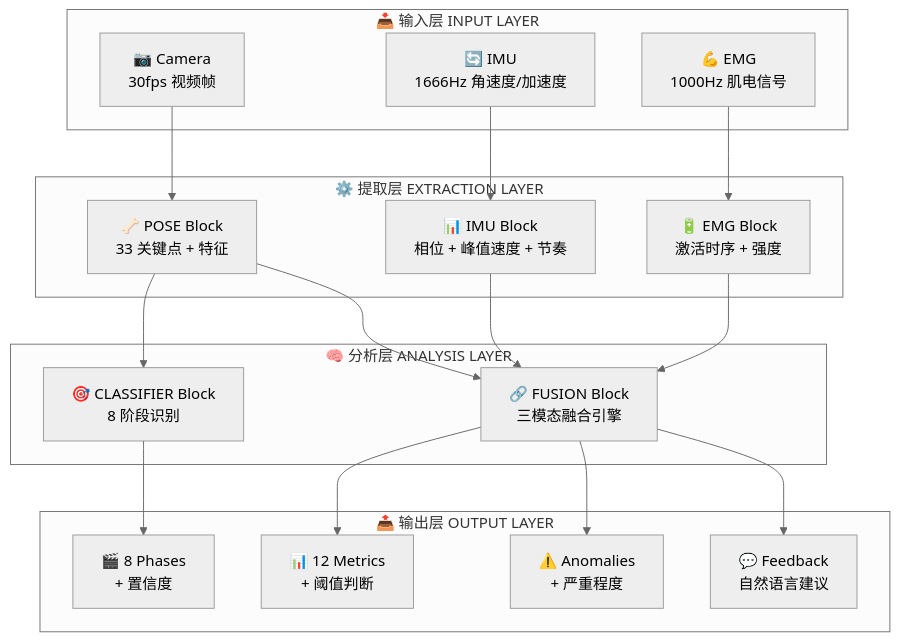
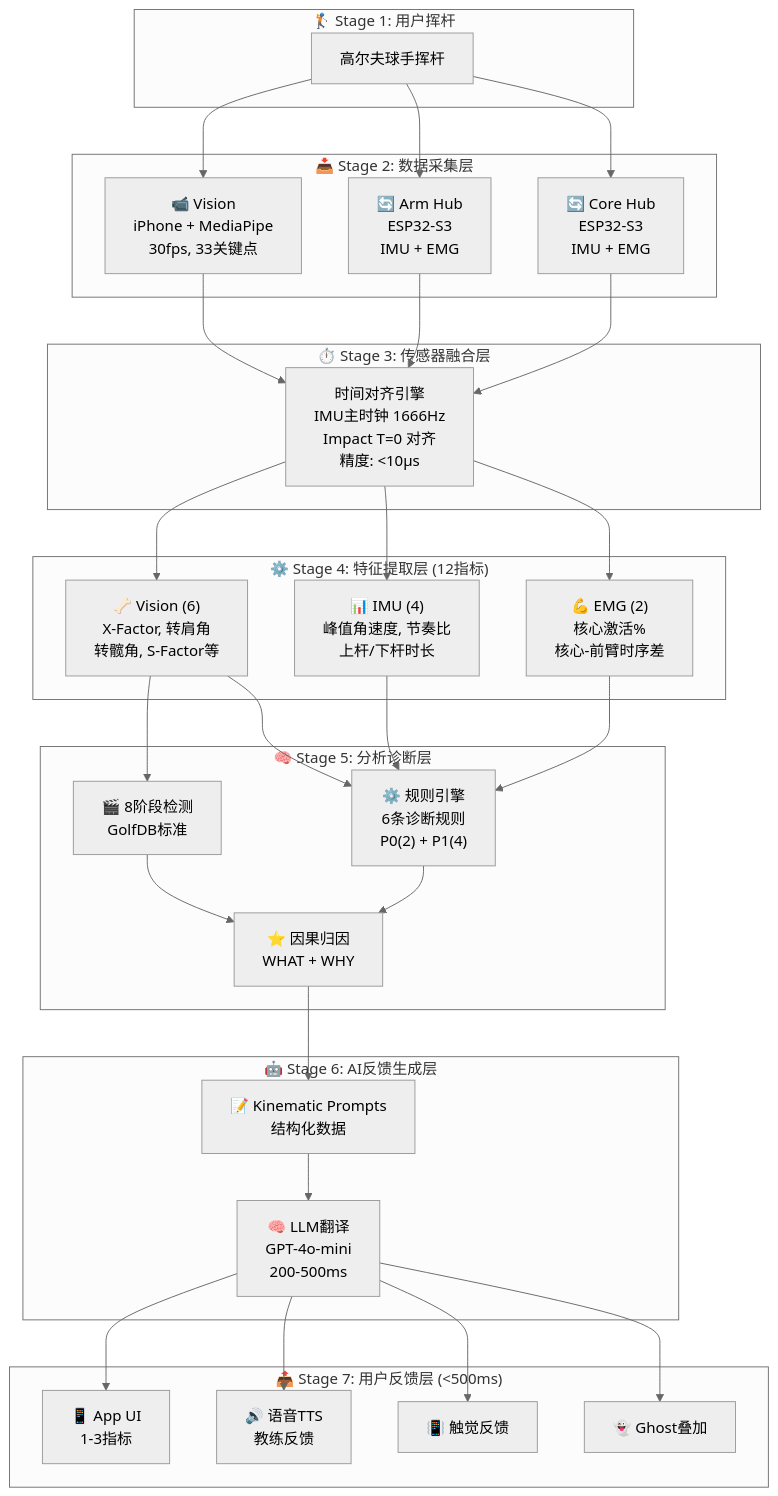
One commit to movement-chain-ai/movement-chain-docs changed the first of 2 diagrams in docs/zh/design/architecture/modular-architecture.md. Above: the diagram before and after it, drawn with Mermaid (neutral theme). The commit also changed other lines of this file, not shown here.

Commit message:
docs: 同步 modular-architecture.md 2.1 架构图与 system-design.md 一致
- 将 4 层静态结构图更新为 7 阶段动态数据流架构
- 新增 Stage 1-7 完整数据流 Mermaid 图
- 添加核心价值链表格
- 更新 §2.2 架构层级说明对应关系

🤖 Generated with [Claude Code](https://claude.com/claude-code)

````diff
--- a/docs/zh/design/architecture/modular-architecture.md
+++ b/docs/zh/design/architecture/modular-architecture.md
@@ -97,46 +44,74 @@
 ```mermaid
 flowchart TB
-    subgraph INPUT["📥 输入层 INPUT LAYER"]
-        CAM["📷 Camera<br/>30fps 视频帧"]
-        IMU_IN["🔄 IMU<br/>1666Hz 角速度/加速度"]
-        EMG_IN["💪 EMG<br/>1000Hz 肌电信号"]
+    subgraph S1["🏌️ Stage 1: 用户挥杆"]
+        USER["高尔夫球手挥杆"]
     end
 
-    subgraph EXTRACT["⚙️ 提取层 EXTRACTION LAYER"]
-        POSE["🦴 POSE Block<br/>33 关键点 + 特征"]
-        IMU_BLK["📊 IMU Block<br/>相位 + 峰值速度 + 节奏"]
-        EMG_BLK["🔋 EMG Block<br/>激活时序 + 强度"]
+    subgraph S2["📥 Stage 2: 数据采集层"]
+        CAM["📹 Vision<br/>iPhone + MediaPipe<br/>30fps, 33关键点"]
+        ARM["🔄 Arm Hub<br/>ESP32-S3<br/>IMU + EMG"]
+        CORE["🔄 Core Hub<br/>ESP32-S3<br/>IMU + EMG"]
     end
 
-    subgraph ANALYZE["🧠 分析层 ANALYSIS LAYER"]
-        CLASSIFIER["🎯 CLASSIFIER Block<br/>8 阶段识别"]
-        FUSION["🔗 FUSION Block<br/>三模态融合引擎"]
+    subgraph S3["⏱️ Stage 3: 传感器融合层"]
+        SYNC["时间对齐引擎<br/>IMU主时钟 1666Hz<br/>Impact T=0 对齐<br/>精度: <10μs"]
     end
 
-    subgraph OUTPUT["📤 输出层 OUTPUT LAYER"]
-        PHASES["🎬 8 Phases<br/>+ 置信度"]
-        METRICS["📊 12 Metrics<br/>+ 阈值判断"]
-        ANOMALY["⚠️ Anomalies<br/>+ 严重程度"]
-        FEEDBACK["💬 Feedback<br/>自然语言建议"]
+    subgraph S4["⚙️ Stage 4: 特征提取层 (12指标)"]
+        V_FEAT["🦴 Vision (6)<br/>X-Factor, 转肩角<br/>转髋角, S-Factor等"]
+        I_FEAT["📊 IMU (4)<br/>峰值角速度, 节奏比<br/>上杆/下杆时长"]
+        E_FEAT["💪 EMG (2)<br/>核心激活%<br/>核心-前臂时序差"]
     end
 
-    CAM --> POSE
-    IMU_IN --> IMU_BLK
-    EMG_IN --> EMG_BLK
+    subgraph S5["🧠 Stage 5: 分析诊断层"]
+        PHASE["🎬 8阶段检测<br/>GolfDB标准"]
+        RULES["⚙️ 规则引擎<br/>6条诊断规则<br/>P0(2) + P1(4)"]
+        CAUSAL["⭐ 因果归因<br/>WHAT + WHY"]
+    end
 
-    POSE --> CLASSIFIER
-    POSE --> FUSION
-    IMU_BLK --> FUSION
-    EMG_BLK --> FUSION
+    subgraph S6["🤖 Stage 6: AI反馈生成层"]
+        KP["📝 Kinematic Prompts<br/>结构化数据"]
+        LLM["🧠 LLM翻译<br/>GPT-4o-mini<br/>200-500ms"]
+    end
 
-    CLASSIFIER --> PHASES
-    FUSION --> METRICS
-    FUSION --> ANOMALY
-    FUSION --> FEEDBACK
+    subgraph S7["📤 Stage 7: 用户反馈层 (<500ms)"]
+        UI["📱 App UI<br/>1-3指标"]
+        TTS["🔊 语音TTS<br/>教练反馈"]
+        HAPTIC["📳 触觉反馈"]
+        GHOST["👻 Ghost叠加"]
+    end
 
-    click POSE "#31-pose-block"
-    click IMU_BLK "#32-imu-block"
-    click EMG_BLK "#33-emg-block"
-    click CLASSIFIER "#41-classifier-block"
-    click FUSION "#42-fusion-block"
+    USER --> CAM
+    USER --> ARM
+    USER --> CORE
+
+    CAM --> SYNC
+    ARM --> SYNC
+    CORE --> SYNC
+
+    SYNC --> V_FEAT
+    SYNC --> I_FEAT
+    SYNC --> E_FEAT
+
+    V_FEAT --> PHASE
+    V_FEAT --> RULES
+    I_FEAT --> RULES
+    E_FEAT --> RULES
+
+    PHASE --> CAUSAL
+    RULES --> CAUSAL
+
+    CAUSAL --> KP
+    KP --> LLM
+
+    LLM --> UI
+    LLM --> TTS
+    LLM --> HAPTIC
+    LLM --> GHOST
+
+    click V_FEAT "#31-pose-block"
+    click I_FEAT "#32-imu-block"
+    click E_FEAT "#33-emg-block"
+    click PHASE "#41-classifier-block"
+    click RULES "#42-fusion-block"
 ```
````
